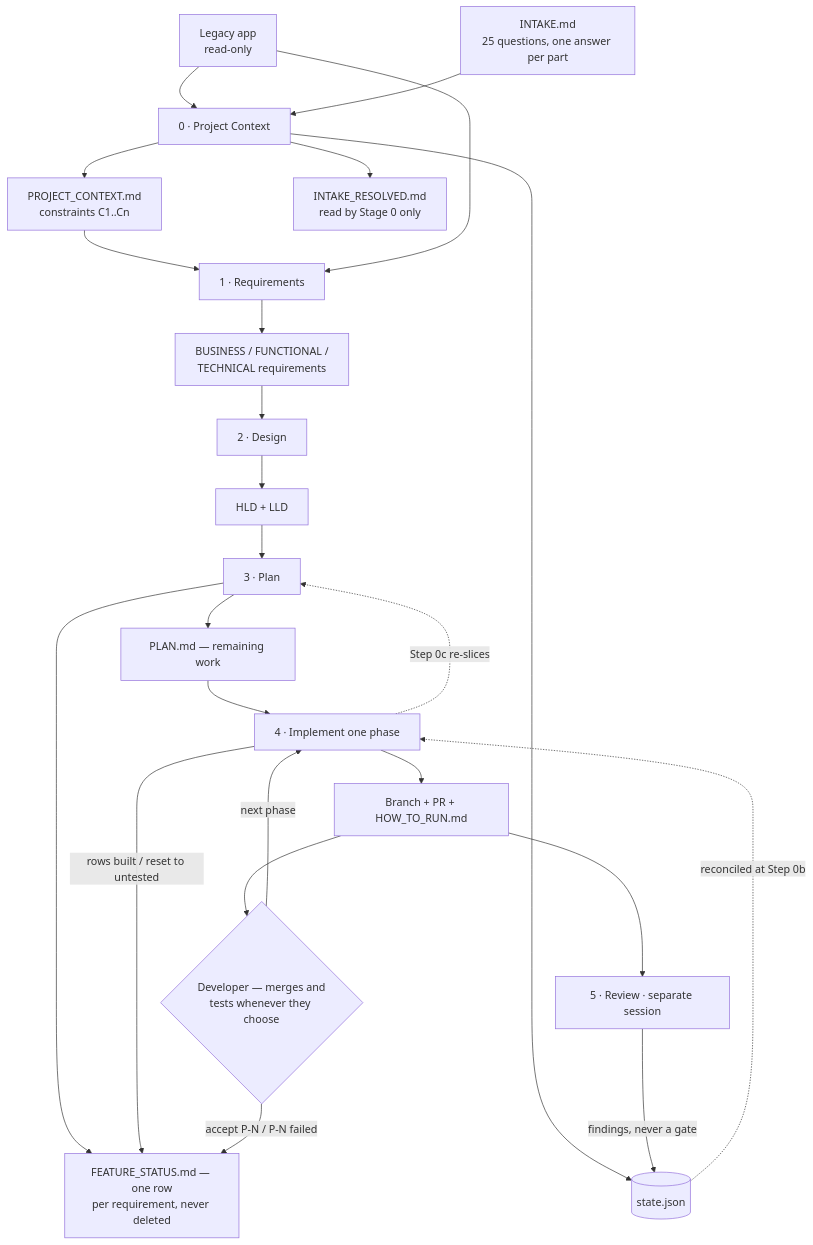
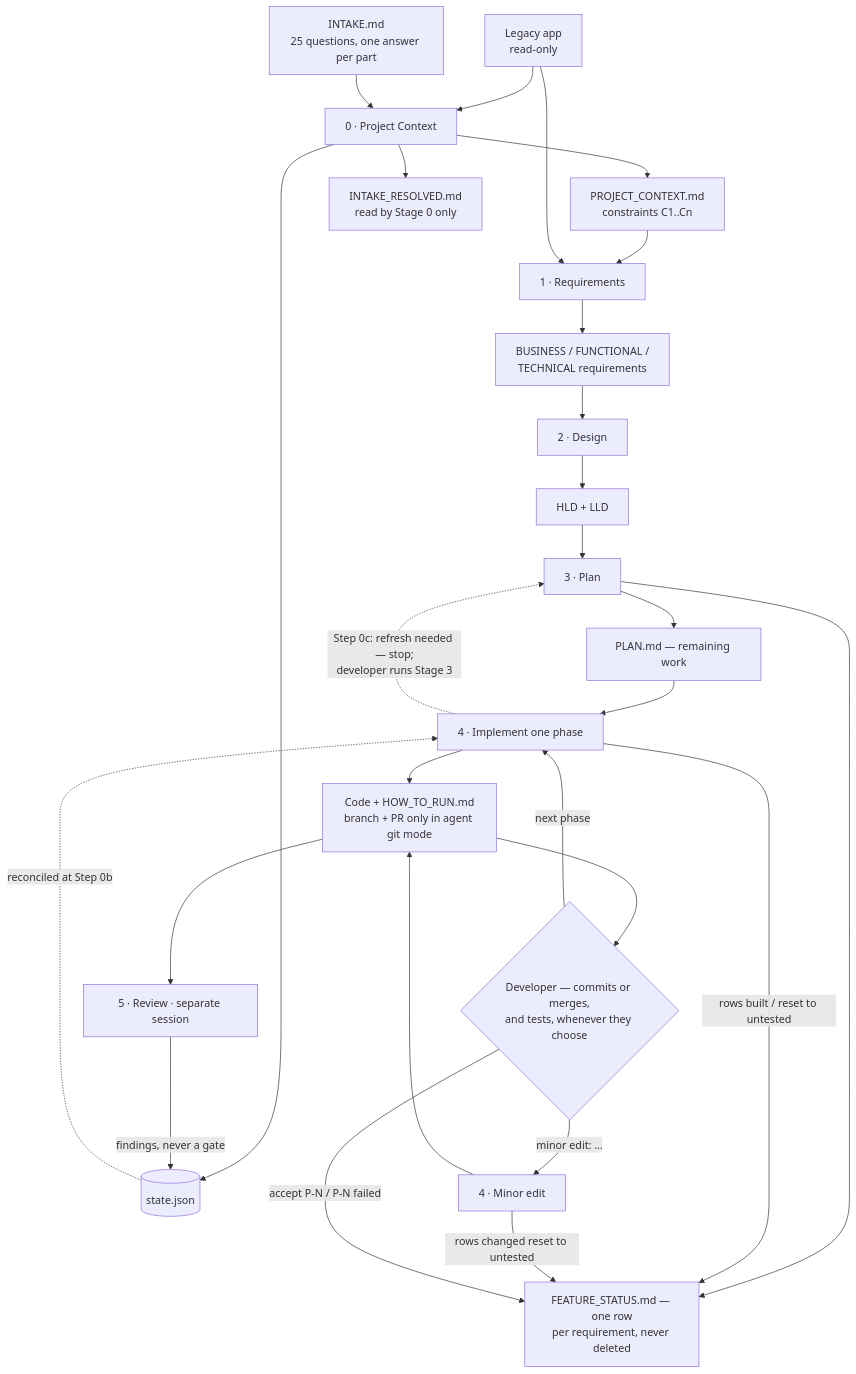
One commit to Mabeesha/AppModernizationHarness changed the first of 4 diagrams in docs/DESIGN.md. Above: the diagram before and after it, drawn with Mermaid. The commit also changed other lines of this file and 25 other files, not shown here.

First line of the commit message:
Split Stage 4 into phase, minor-edit and git files; Stage 3 owns re-planning

````diff
--- a/docs/DESIGN.md
+++ b/docs/DESIGN.md
@@ -33,26 +37,29 @@
 ```mermaid
 flowchart TD
     L[Legacy app<br/>read-only] --> S0
     I[INTAKE.md<br/>25 questions, one answer per part] --> S0[0 · Project Context]
     S0 --> PC[PROJECT_CONTEXT.md<br/>constraints C1..Cn]
     S0 --> ST[(state.json)]
     S0 --> IR[INTAKE_RESOLVED.md<br/>read by Stage 0 only]
     PC --> S1[1 · Requirements]
     L --> S1
     S1 --> REQ[BUSINESS / FUNCTIONAL /<br/>TECHNICAL requirements]
     REQ --> S2[2 · Design]
     S2 --> D[HLD + LLD]
     D --> S3[3 · Plan]
     S3 --> PL[PLAN.md — remaining work]
     S3 --> FS[FEATURE_STATUS.md — one row<br/>per requirement, never deleted]
     PL --> S4[4 · Implement one phase]
-    S4 --> PR[Branch + PR + HOW_TO_RUN.md]
+    S4 --> PR[Code + HOW_TO_RUN.md<br/>branch + PR only in agent git mode]
     S4 -->|rows built / reset to untested| FS
-    PR --> DEV{Developer — merges and<br/>tests whenever they choose}
+    PR --> DEV{Developer — commits or merges,<br/>and tests, whenever they choose}
     DEV -- next phase --> S4
+    DEV -- "minor edit: …" --> S4E[4 · Minor edit]
+    S4E --> PR
+    S4E -->|rows changed reset to untested| FS
     DEV -- accept P-N / P-N failed --> FS
-    S4 -.->|Step 0c re-slices| S3
+    S4 -.->|Step 0c: refresh needed — stop;<br/>developer runs Stage 3| S3
     PR --> S5[5 · Review · separate session]
     S5 -->|findings, never a gate| ST
     ST -.->|reconciled at Step 0b| S4
 ```
````
